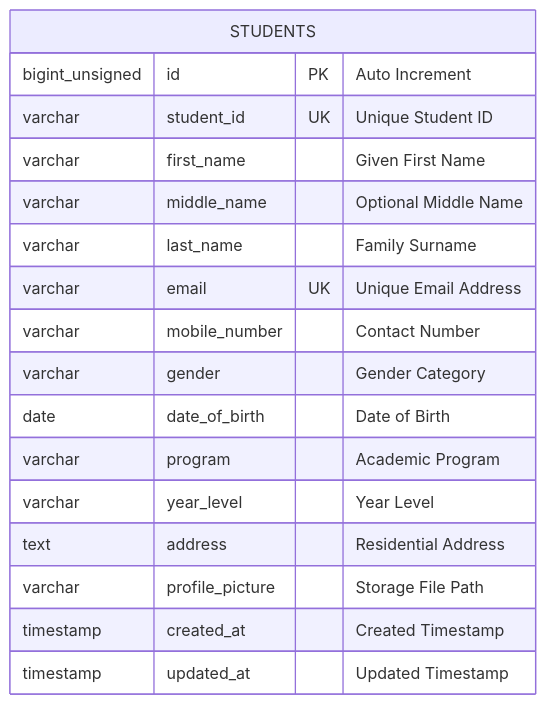
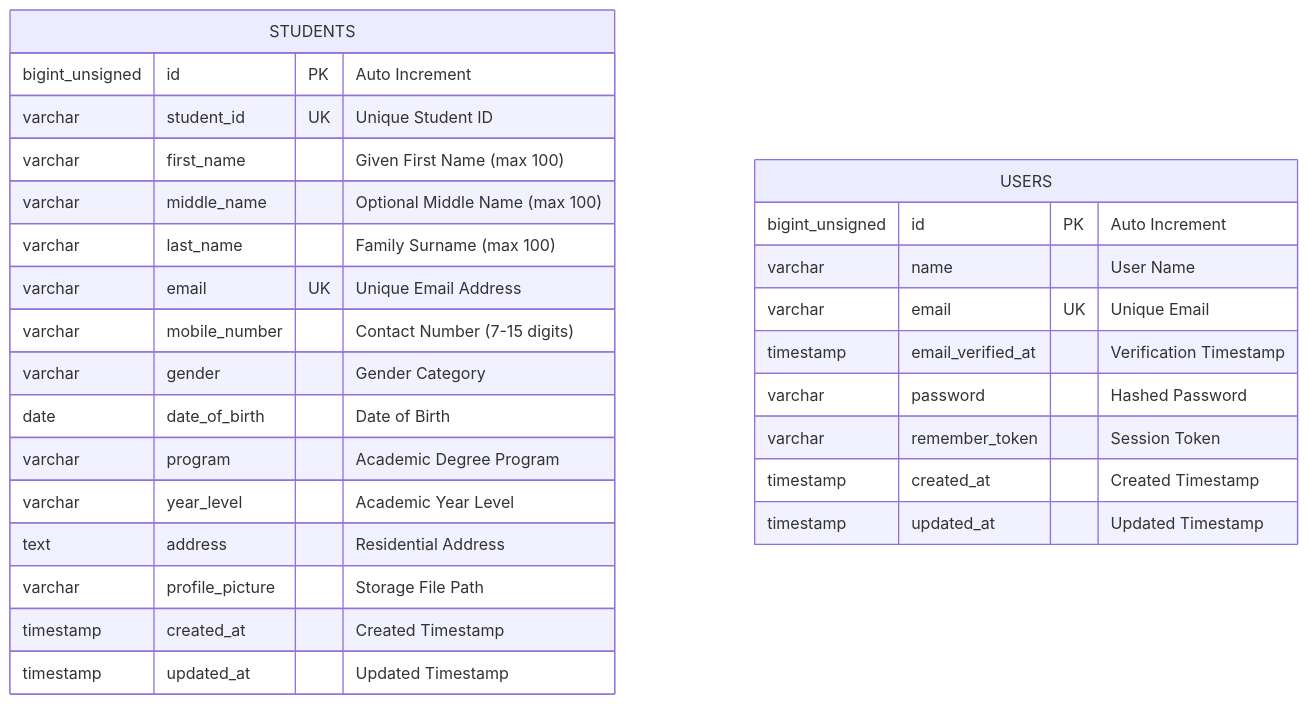
Before and after one commit to justinplantilla/mp03-student-registration-system: the second of 3 diagrams in README.md, drawn with Mermaid. The commit also changed other lines of this file and 10 other files, not shown here.

````diff
--- a/README.md
+++ b/README.md
@@ -148,20 +139,31 @@
 ```mermaid
 erDiagram
     STUDENTS {
         bigint_unsigned id PK "Auto Increment"
         varchar student_id UK "Unique Student ID"
-        varchar first_name "Given First Name"
-        varchar middle_name "Optional Middle Name"
-        varchar last_name "Family Surname"
+        varchar first_name "Given First Name (max 100)"
+        varchar middle_name "Optional Middle Name (max 100)"
+        varchar last_name "Family Surname (max 100)"
         varchar email UK "Unique Email Address"
-        varchar mobile_number "Contact Number"
+        varchar mobile_number "Contact Number (7-15 digits)"
         varchar gender "Gender Category"
         date date_of_birth "Date of Birth"
-        varchar program "Academic Program"
-        varchar year_level "Year Level"
+        varchar program "Academic Degree Program"
+        varchar year_level "Academic Year Level"
         text address "Residential Address"
         varchar profile_picture "Storage File Path"
         timestamp created_at "Created Timestamp"
         timestamp updated_at "Updated Timestamp"
     }
+
+    USERS {
+        bigint_unsigned id PK "Auto Increment"
+        varchar name "User Name"
+        varchar email UK "Unique Email"
+        timestamp email_verified_at "Verification Timestamp"
+        varchar password "Hashed Password"
+        varchar remember_token "Session Token"
+        timestamp created_at "Created Timestamp"
+        timestamp updated_at "Updated Timestamp"
+    }
 ```
````
